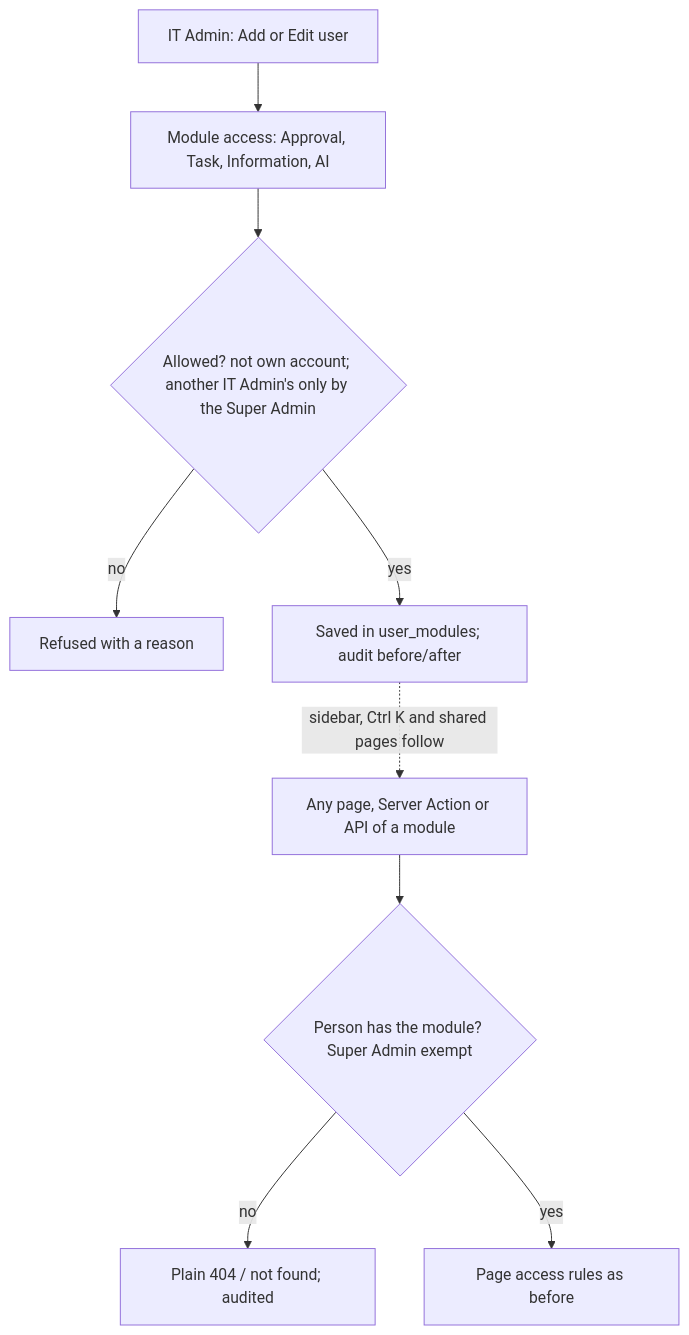
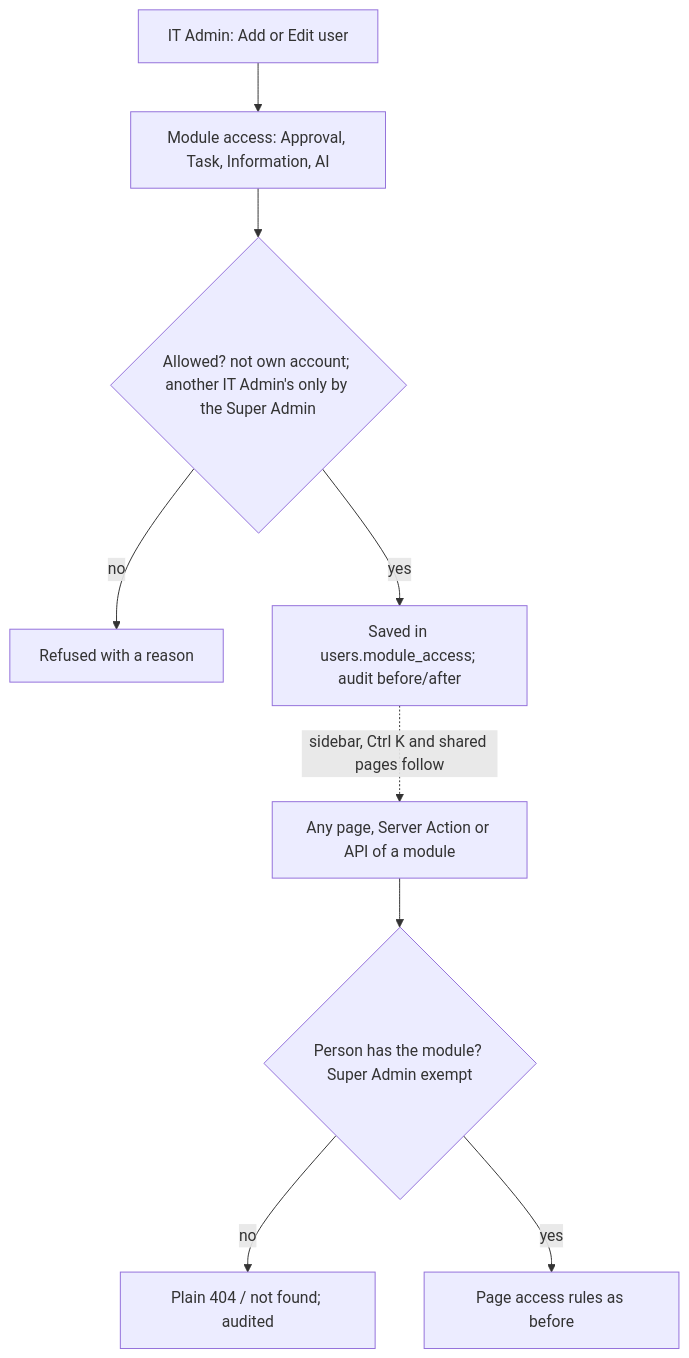
Diagram 29 of 34 in FLOWS.md (HarishDevs/ARS-Approval-System), drawn with Mermaid before and after one commit. The commit also changed 27 other files, not shown here.

First line of the commit message:
AI module branch, Phase 3: per-person module access (Approval, Task, Information, AI)

````diff
--- a/FLOWS.md
+++ b/FLOWS.md
@@ -1050,11 +1050,11 @@
 ```mermaid
 flowchart TD
   A[IT Admin: Add or Edit user] --> M[Module access: Approval, Task, Information, AI]
   M --> R{Allowed? not own account; another IT Admin's only by the Super Admin}
   R -- no --> X[Refused with a reason]
-  R -- yes --> S[Saved in user_modules; audit before/after]
+  R -- yes --> S[Saved in users.module_access; audit before/after]
   P[Any page, Server Action or API of a module] --> C{Person has the module? Super Admin exempt}
   C -- no --> N[Plain 404 / not found; audited]
   C -- yes --> PA[Page access rules as before]
   S -. sidebar, Ctrl K and shared pages follow .-> P
 ```
````
